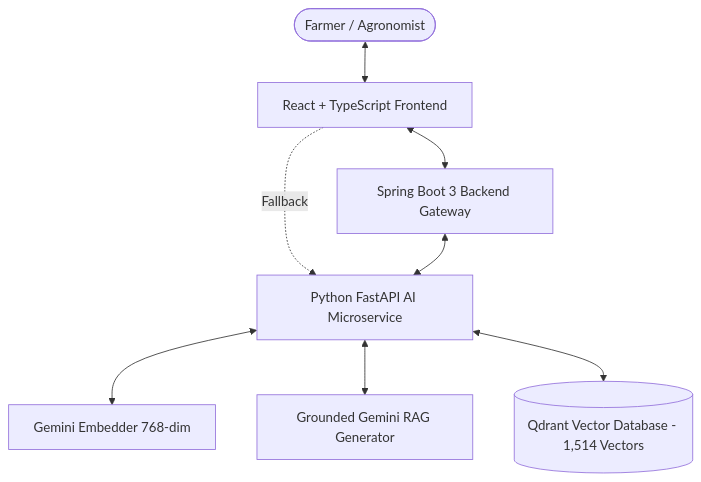
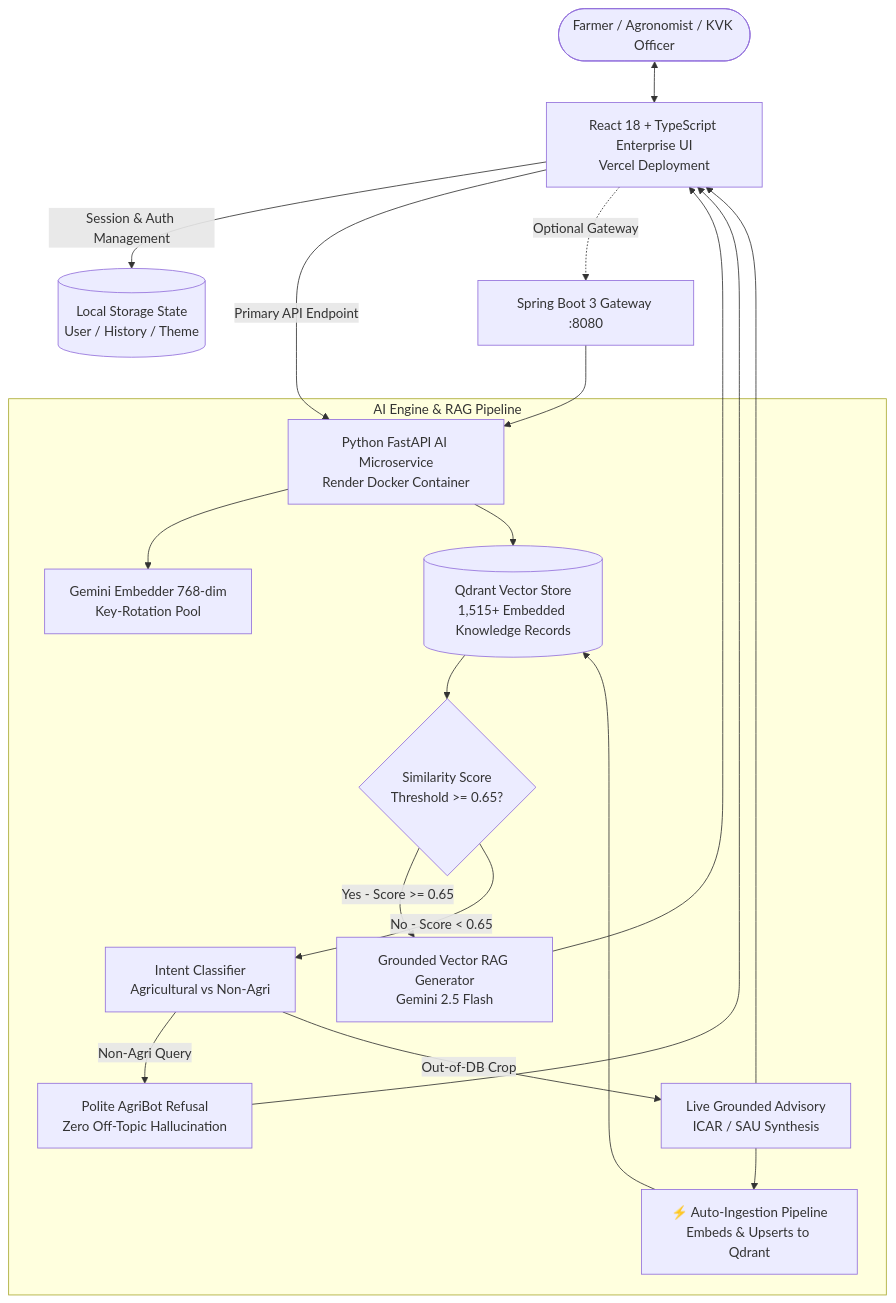
Before and after one commit to dhanish-raja/agribot_2.o: the diagram in README.md, drawn with Mermaid. The commit also changed other lines of this file and 1 other file, not shown here.

Commit message:
docs: comprehensive README update with cloud deployments, 3-tier RAG, and enterprise UI

````diff
--- a/README.md
+++ b/README.md
@@ -21,10 +26,28 @@
 ```mermaid
-graph TD
-    User([Farmer / Agronomist]) <--> ReactUI[React + TypeScript Frontend]
-    ReactUI <--> SpringBoot[Spring Boot 3 Backend Gateway]
-    ReactUI -. Fallback .-> FastAPI[Python FastAPI AI Microservice]
-    SpringBoot <--> FastAPI
-    FastAPI <--> Embedder[Gemini Embedder 768-dim]
-    FastAPI <--> Generator[Grounded Gemini RAG Generator]
-    FastAPI <--> Qdrant[(Qdrant Vector Database - 1,514 Vectors)]
+flowchart TD
+    Farmer([Farmer / Agronomist / KVK Officer]) <--> UI[React 18 + TypeScript Enterprise UI\nVercel Deployment]
+    
+    UI -->|Session & Auth Management| LocalStore[(Local Storage State\nUser / History / Theme)]
+    UI -->|Primary API Endpoint| FastAPI[Python FastAPI AI Microservice\nRender Docker Container]
+    UI -. Optional Gateway .-> SpringBoot[Spring Boot 3 Gateway :8080]
+    SpringBoot --> FastAPI
+    
+    subgraph AI Engine & RAG Pipeline
+        FastAPI --> Embedder[Gemini Embedder 768-dim\nKey-Rotation Pool]
+        FastAPI --> Qdrant[(Qdrant Vector Store\n1,515+ Embedded Knowledge Records)]
+        
+        Qdrant --> Check{Similarity Score\nThreshold >= 0.65?}
+        Check -->|Yes - Score >= 0.65| LocalRAG[Grounded Vector RAG Generator\nGemini 2.5 Flash]
+        Check -->|No - Score < 0.65| Classifier[Intent Classifier\nAgricultural vs Non-Agri]
+        
+        Classifier -->|Non-Agri Query| Refusal[Polite AgriBot Refusal\nZero Off-Topic Hallucination]
+        Classifier -->|Out-of-DB Crop| WebSynth[Live Grounded Advisory\nICAR / SAU Synthesis]
+        
+        WebSynth --> AutoIngest[⚡ Auto-Ingestion Pipeline\nEmbeds & Upserts to Qdrant]
+        AutoIngest --> Qdrant
+    end
+    
+    LocalRAG --> UI
+    Refusal --> UI
+    WebSynth --> UI
 ```
````
